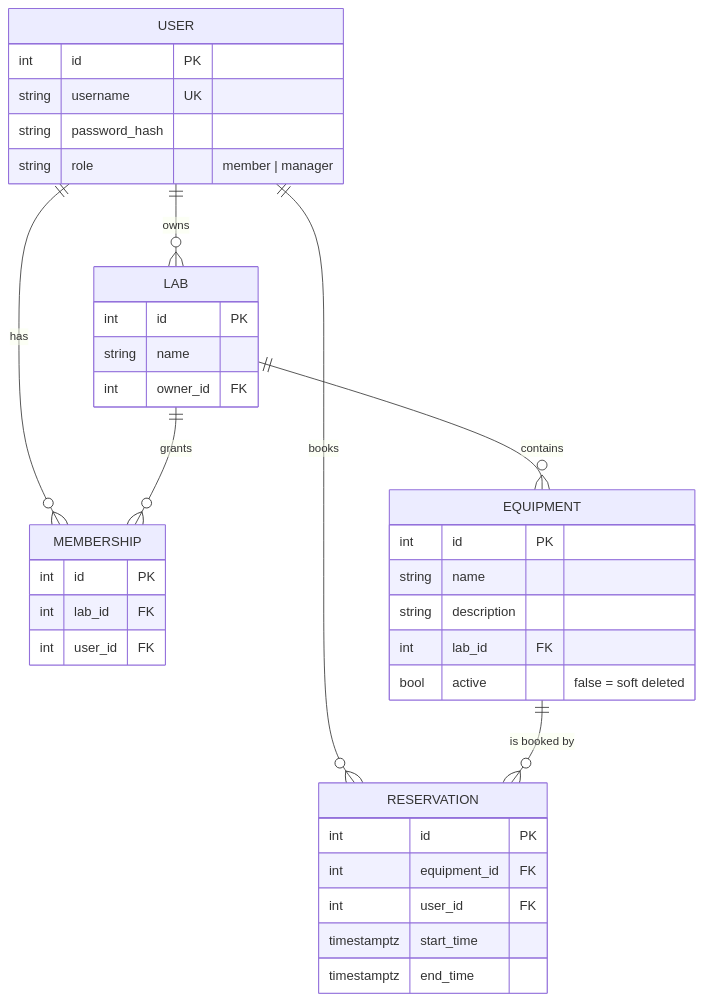
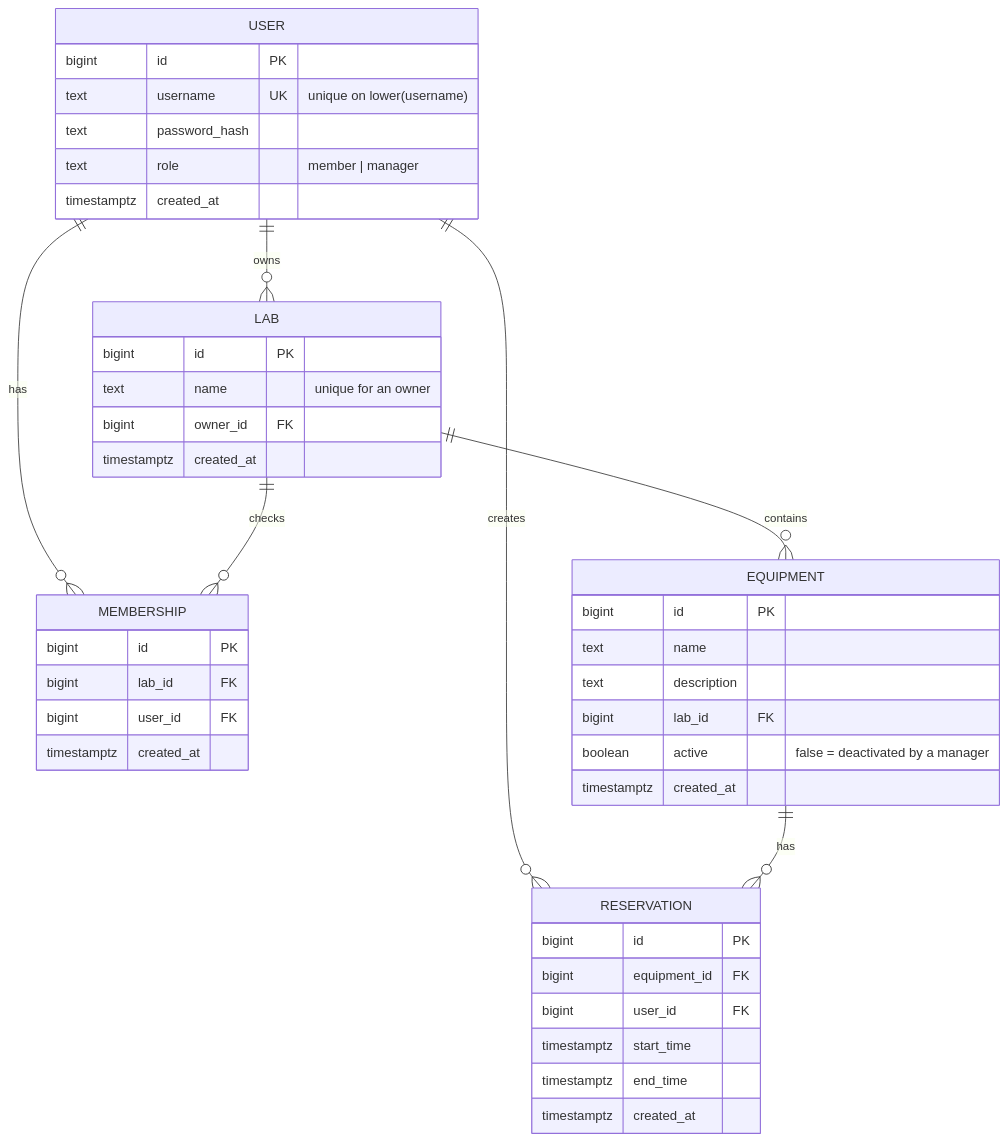
One commit to luke-mca/BenchTime changed the fourth of 4 diagrams in docs/architecture.md. Above: the diagram before and after it, drawn with Mermaid. The commit also changed other lines of this file, not shown here.

First line of the commit message:
Updated architecture.md

````diff
--- a/docs/architecture.md
+++ b/docs/architecture.md
@@ -58,40 +93,45 @@
 ```mermaid
 erDiagram
     USER ||--o{ LAB : "owns"
     USER ||--o{ MEMBERSHIP : "has"
-    USER ||--o{ RESERVATION : "books"
-    LAB  ||--o{ MEMBERSHIP : "grants"
+    USER ||--o{ RESERVATION : "creates"
+    LAB  ||--o{ MEMBERSHIP : "checks"
     LAB  ||--o{ EQUIPMENT : "contains"
-    EQUIPMENT ||--o{ RESERVATION : "is booked by"
+    EQUIPMENT ||--o{ RESERVATION : "has"
 
     USER {
-        int id PK
-        string username UK
-        string password_hash
-        string role "member | manager"
+        bigint id PK
+        text username UK "unique on lower(username)"
+        text password_hash
+        text role "member | manager"
+        timestamptz created_at
     }
     LAB {
-        int id PK
-        string name
-        int owner_id FK
+        bigint id PK
+        text name "unique for an owner"
+        bigint owner_id FK
+        timestamptz created_at
     }
     MEMBERSHIP {
-        int id PK
-        int lab_id FK
-        int user_id FK
+        bigint id PK
+        bigint lab_id FK
+        bigint user_id FK
+        timestamptz created_at
     }
     EQUIPMENT {
-        int id PK
-        string name
-        string description
-        int lab_id FK
-        bool active "false = soft deleted"
+        bigint id PK
+        text name
+        text description
+        bigint lab_id FK
+        boolean active "false = deactivated by a manager"
+        timestamptz created_at
     }
     RESERVATION {
-        int id PK
-        int equipment_id FK
-        int user_id FK
+        bigint id PK
+        bigint equipment_id FK
+        bigint user_id FK
         timestamptz start_time
         timestamptz end_time
+        timestamptz created_at
     }
 ```
````
